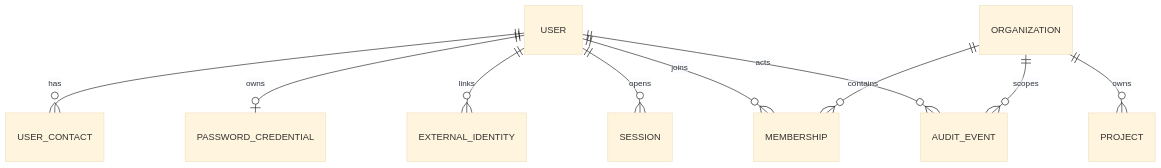
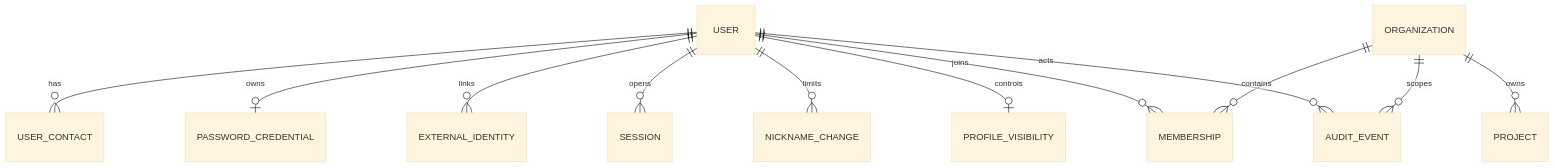
The diagram in tutorials/nestjs-backend/08-prisma-and-postgresql.md (SamChowRock/Hx), drawn with Mermaid (base theme) before and after one commit. The commit also changed other lines of this file and 14 other files, not shown here.

````diff
--- a/tutorials/nestjs-backend/08-prisma-and-postgresql.md
+++ b/tutorials/nestjs-backend/08-prisma-and-postgresql.md
@@ -137,12 +139,14 @@
 ```mermaid
 erDiagram
   USER ||--o{ USER_CONTACT : has
   USER ||--o| PASSWORD_CREDENTIAL : owns
   USER ||--o{ EXTERNAL_IDENTITY : links
   USER ||--o{ SESSION : opens
+  USER ||--o{ NICKNAME_CHANGE : limits
+  USER ||--o| PROFILE_VISIBILITY : controls
   USER ||--o{ MEMBERSHIP : joins
   ORGANIZATION ||--o{ MEMBERSHIP : contains
   ORGANIZATION ||--o{ PROJECT : owns
   USER ||--o{ AUDIT_EVENT : acts
   ORGANIZATION ||--o{ AUDIT_EVENT : scopes
 ```
````
